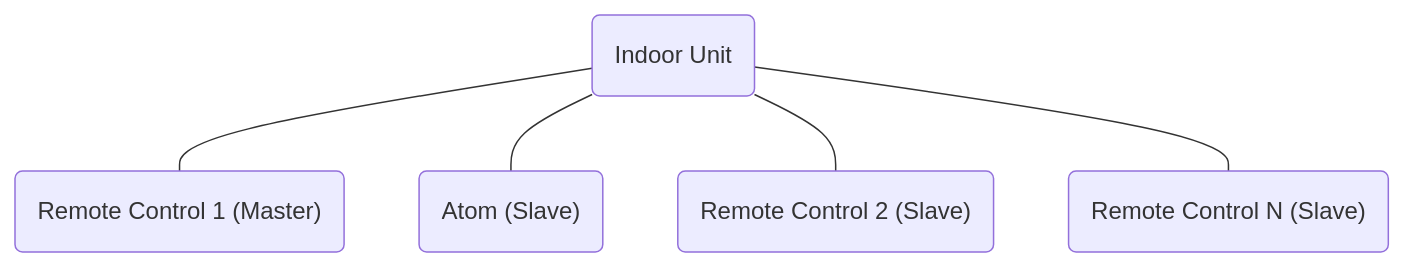
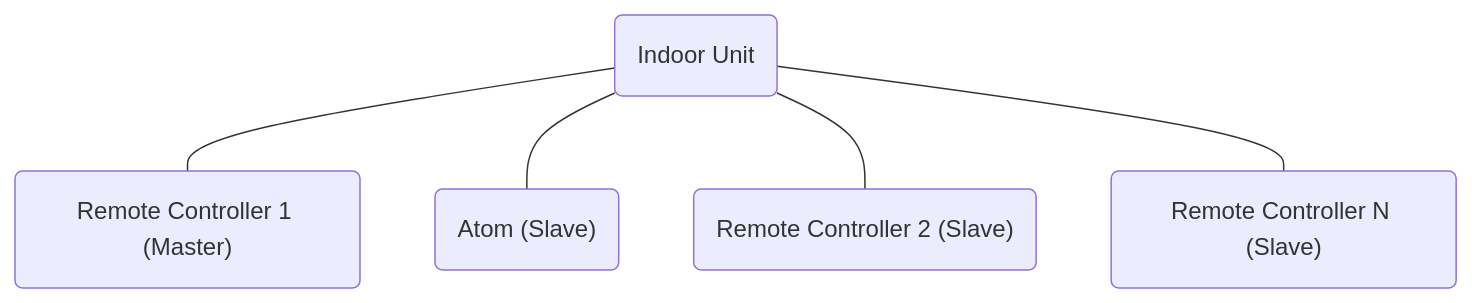
The first of 3 diagrams in README.md (FOSV/Fuji-Atom-Interface), drawn with Mermaid before and after one commit. The commit also changed other lines of this file, not shown here.

````diff
--- a/README.md
+++ b/README.md
@@ -68,7 +68,7 @@
 ```mermaid
 graph TD;
-    A(Indoor Unit)---B("Remote Control 1 (Master)");
+    A(Indoor Unit)---B("Remote Controller 1 (Master)");
     A---C("Atom (Slave)");
-    A---D("Remote Control 2 (Slave)");
-    A---E("Remote Control N (Slave)");
+    A---D("Remote Controller 2 (Slave)");
+    A---E("Remote Controller N (Slave)");
 ```
````
